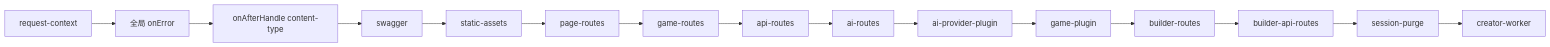
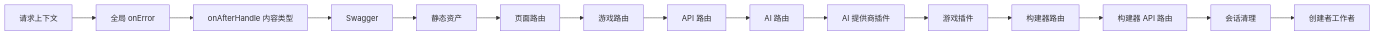
Before and after one commit to d4551/tea: the tenth of 13 diagrams in README.md, drawn with Mermaid. The commit also changed other lines of this file, not shown here.

Commit message:
docs(i18n): translate remaining english boxes in chinese mermaid charts

````diff
--- a/README.md
+++ b/README.md
@@ -743,17 +743,17 @@
 ```mermaid
 flowchart LR
-  A["request-context"] --> B["全局 onError"]
-  B --> C["onAfterHandle content-type"]
-  C --> D["swagger"]
-  D --> E["static-assets"]
-  E --> F["page-routes"]
-  F --> G["game-routes"]
-  G --> H["api-routes"]
-  H --> I["ai-routes"]
-  I --> J["ai-provider-plugin"]
-  J --> K["game-plugin"]
-  K --> L["builder-routes"]
-  L --> M["builder-api-routes"]
-  M --> N["session-purge"]
-  N --> O["creator-worker"]
+  A["请求上下文"] --> B["全局 onError"]
+  B --> C["onAfterHandle 内容类型"]
+  C --> D["Swagger"]
+  D --> E["静态资产"]
+  E --> F["页面路由"]
+  F --> G["游戏路由"]
+  G --> H["API 路由"]
+  H --> I["AI 路由"]
+  I --> J["AI 提供商插件"]
+  J --> K["游戏插件"]
+  K --> L["构建器路由"]
+  L --> M["构建器 API 路由"]
+  M --> N["会话清理"]
+  N --> O["创建者工作者"]
 ```
````
